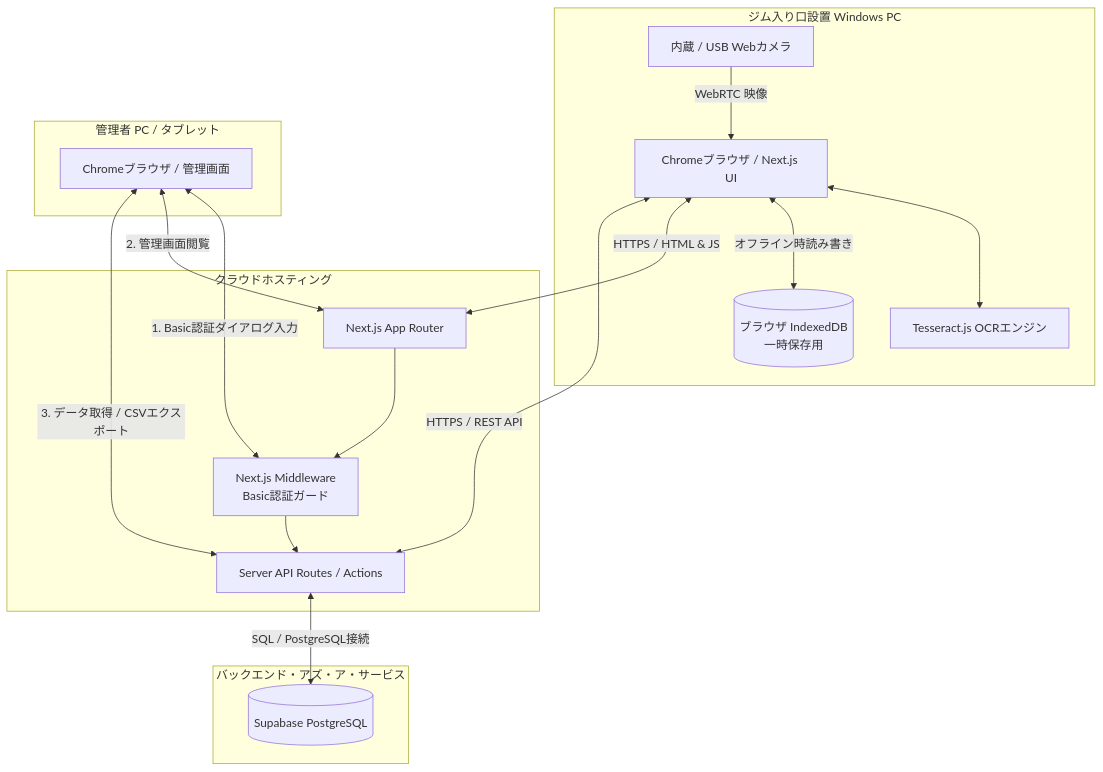
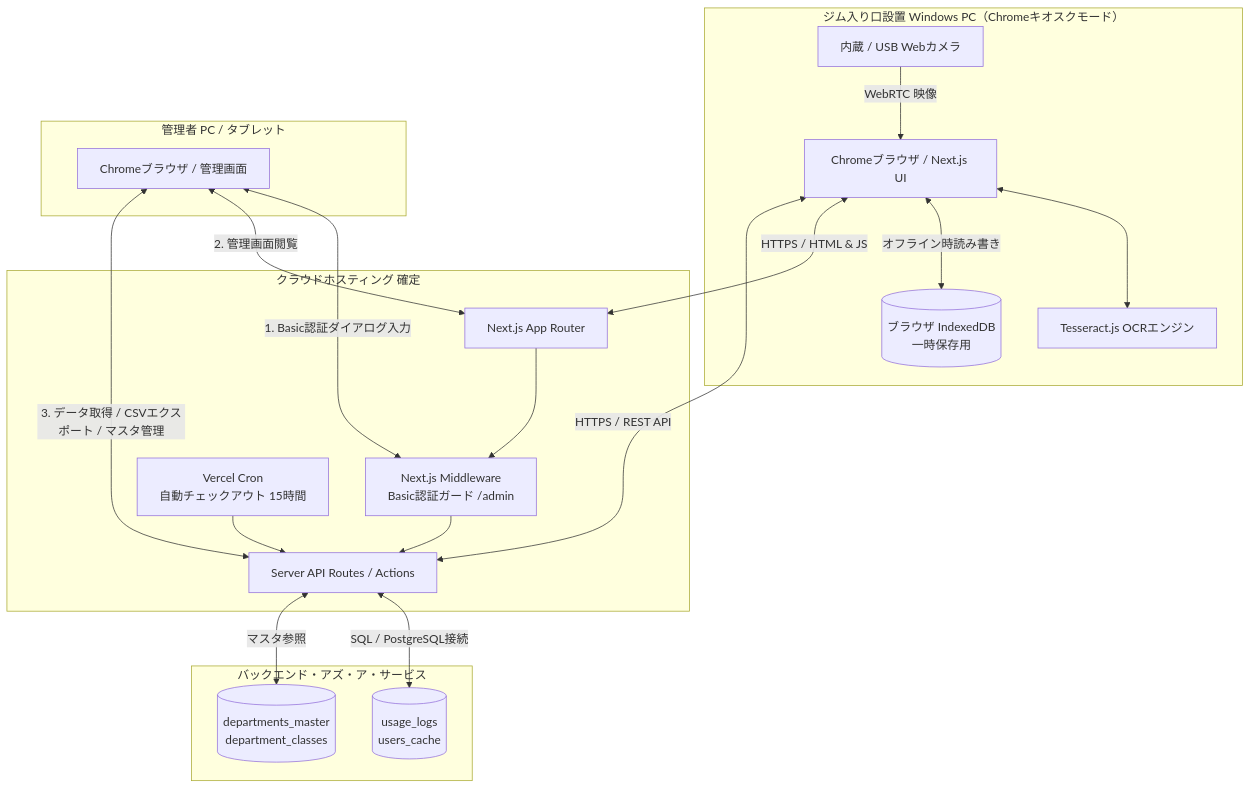
Before and after one commit to tachiyu1931-code/gym-reservation: the diagram in doc/システム構成図.md, drawn with Mermaid. The commit also changed other lines of this file and 23 other files, not shown here.

````diff
--- a/doc/システム構成図.md
+++ b/doc/システム構成図.md
@@ -11,40 +17,44 @@
 ```mermaid
 graph TB
-    subgraph クライアント端末 [ジム入り口設置 Windows PC]
+    subgraph クライアント端末 [ジム入り口設置 Windows PC（Chromeキオスクモード）]
         Cam[内蔵 / USB Webカメラ]
         UI[Chromeブラウザ / Next.js UI]
         LocalStore[(ブラウザ IndexedDB<br/>一時保存用)]
         OCR[Tesseract.js OCRエンジン]
-        
+
         Cam -->|WebRTC 映像| UI
         UI <--> OCR
         UI <-->|オフライン時読み書き| LocalStore
     end
 
-    subgraph Vercel [クラウドホスティング]
+    subgraph Vercel [クラウドホスティング 確定]
         NextApp[Next.js App Router]
-        Middleware[Next.js Middleware<br/>Basic認証ガード]
+        Middleware[Next.js Middleware<br/>Basic認証ガード /admin]
         APIRoute[Server API Routes / Actions]
-        
+        CronJob[Vercel Cron<br/>自動チェックアウト 15時間]
+
         NextApp --> Middleware
         Middleware --> APIRoute
+        CronJob --> APIRoute
     end
 
     subgraph Supabase [バックエンド・アズ・ア・サービス]
-        DB[(Supabase PostgreSQL)]
+        DB[(usage_logs<br/>users_cache)]
+        Master[(departments_master<br/>department_classes)]
     end
 
     subgraph 管理者端末 [管理者 PC / タブレット]
         AdminUI[Chromeブラウザ / 管理画面]
     end
 
     %% 通信経路
     UI <-->|HTTPS / HTML & JS| NextApp
     UI <-->|HTTPS / REST API| APIRoute
     APIRoute <-->|SQL / PostgreSQL接続| DB
-    
+    APIRoute <-->|マスタ参照| Master
+
     %% 管理者フロー
     AdminUI <-->|1. Basic認証ダイアログ入力| Middleware
     AdminUI <-->|2. 管理画面閲覧| NextApp
-    AdminUI <-->|3. データ取得 / CSVエクスポート| APIRoute
+    AdminUI <-->|3. データ取得 / CSVエクスポート / マスタ管理| APIRoute
 ```
````
